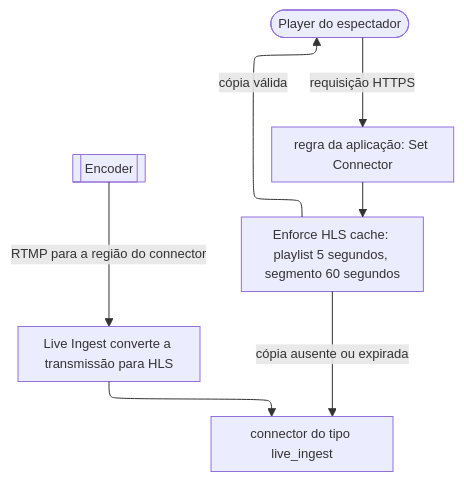
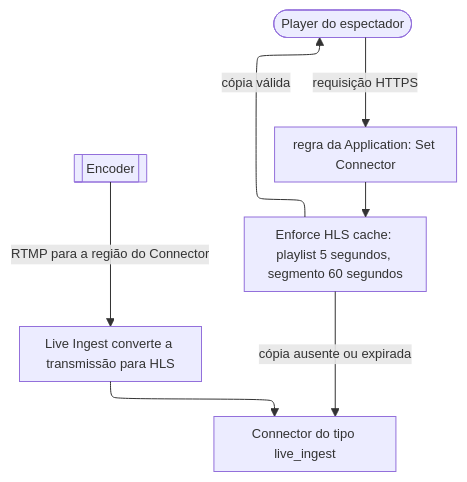
One commit to aziontech/docs changed the diagram in apps/docs/src/content/docs/pt-br/pages/guias/streaming/entregar-uma-transmissao-ao-vivo-do-live-ingest.mdx. Above: the diagram before and after it, drawn with Mermaid. The commit also changed other lines of this file and 83 other files, not shown here.

````diff
--- a/apps/docs/src/content/docs/pt-br/pages/guias/streaming/entregar-uma-transmissao-ao-vivo-do-live-ingest.mdx
+++ b/apps/docs/src/content/docs/pt-br/pages/guias/streaming/entregar-uma-transmissao-ao-vivo-do-live-ingest.mdx
@@ -21,10 +21,10 @@
 ```mermaid
 %%{init: {"layout": "elk", "elk": {"cycleBreakingStrategy": "MODEL_ORDER"}, "themeVariables": {"fontSize": "13px"}, "flowchart": {"nodeSpacing": 24, "rankSpacing": 36, "padding": 8, "wrappingWidth": 150, "useMaxWidth": true}, "sequence": {"width": 120, "actorMargin": 30, "useMaxWidth": true}}}%%
 flowchart TD
-  Encoder[["Encoder"]] -->|"RTMP para a região do connector"| LI["Live Ingest converte a transmissão para HLS"]
-  LI --> Connector["connector do tipo live_ingest"]
-  Player(["Player do espectador"]) -->|"requisição HTTPS"| Rule["regra da aplicação: Set Connector"]
+  Encoder[["Encoder"]] -->|"RTMP para a região do Connector"| LI["Live Ingest converte a transmissão para HLS"]
+  LI --> Connector["Connector do tipo live_ingest"]
+  Player(["Player do espectador"]) -->|"requisição HTTPS"| Rule["regra da Application: Set Connector"]
   Rule --> Cache["Enforce HLS cache: playlist 5 segundos, segmento 60 segundos"]
   Cache -->|"cópia ausente ou expirada"| Connector
   Cache -->|"cópia válida"| Player
 ```
````
